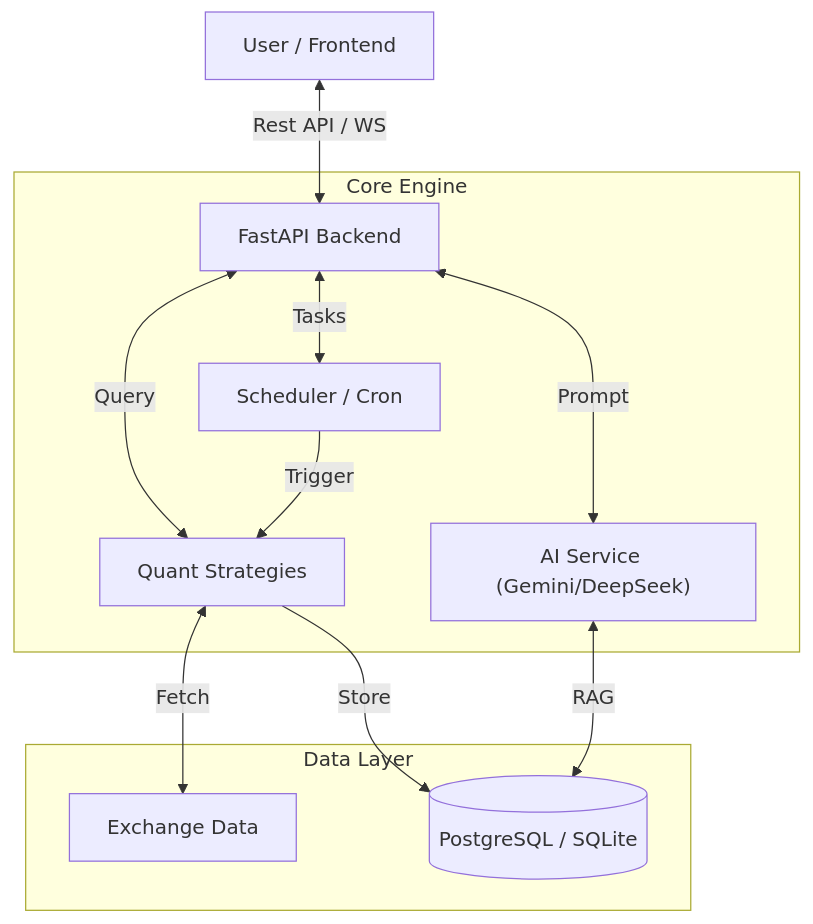
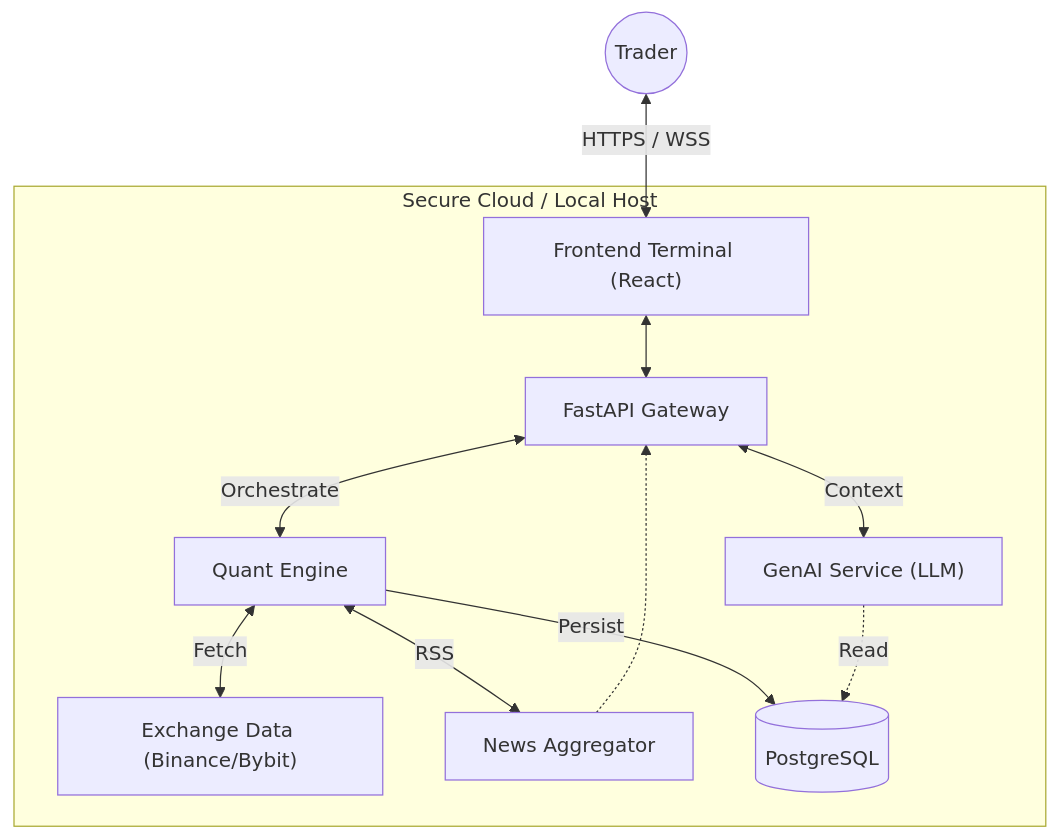
The diagram in README.md (tsmluky/Trader-Copilot), drawn with Mermaid before and after one commit. The commit also changed other lines of this file and 47 other files, not shown here.

````diff
--- a/README.md
+++ b/README.md
@@ -55,18 +60,19 @@
 ```mermaid
 graph TD
-    User["User / Frontend"] <-->|"Rest API / WS"| API["FastAPI Backend"]
+    User((Trader)) <-->|"HTTPS / WSS"| UI["Frontend Terminal (React)"]
     
-    subgraph "Core Engine"
-        API <-->|Tasks| Scheduler["Scheduler / Cron"]
-        API <-->|Query| Quant["Quant Strategies"]
-        API <-->|Prompt| AI["AI Service (Gemini/DeepSeek)"]
+    subgraph "Secure Cloud / Local Host"
+        UI <--> API["FastAPI Gateway"]
+        
+        API <-->|Orchestrate| Brain["Quant Engine"]
+        API <-->|Context| AI["GenAI Service (LLM)"]
+        
+        Brain <-->|Fetch| Feeds["Exchange Data (Binance/Bybit)"]
+        Brain <-->|RSS| News["News Aggregator"]
+        
+        Brain -->|Persist| DB[("PostgreSQL")]
+        AI -.->|Read| DB
     end
-
-    subgraph "Data Layer"
-        Quant <-->|Fetch| CCXT["Exchange Data"]
-        Quant -->|Store| DB[("PostgreSQL / SQLite")]
-        AI <-->|RAG| DB
-    end
-
-    Scheduler -->|Trigger| Quant
+    
+    News -.-> API
 ```
````
